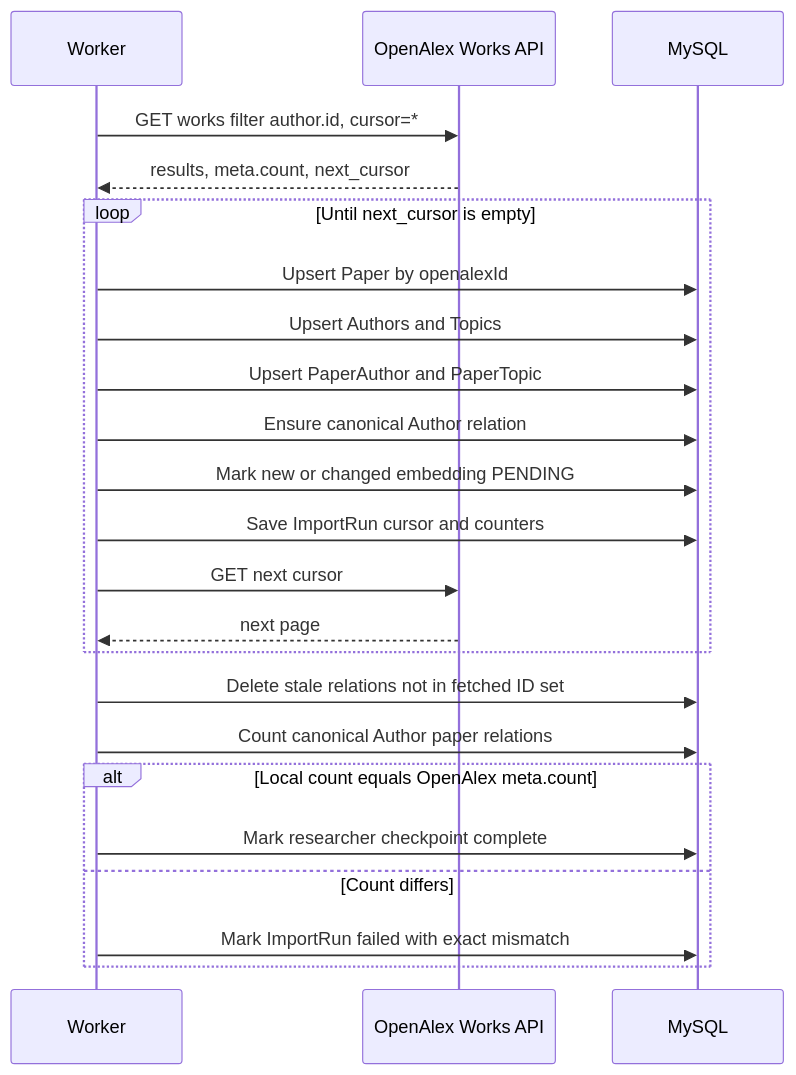
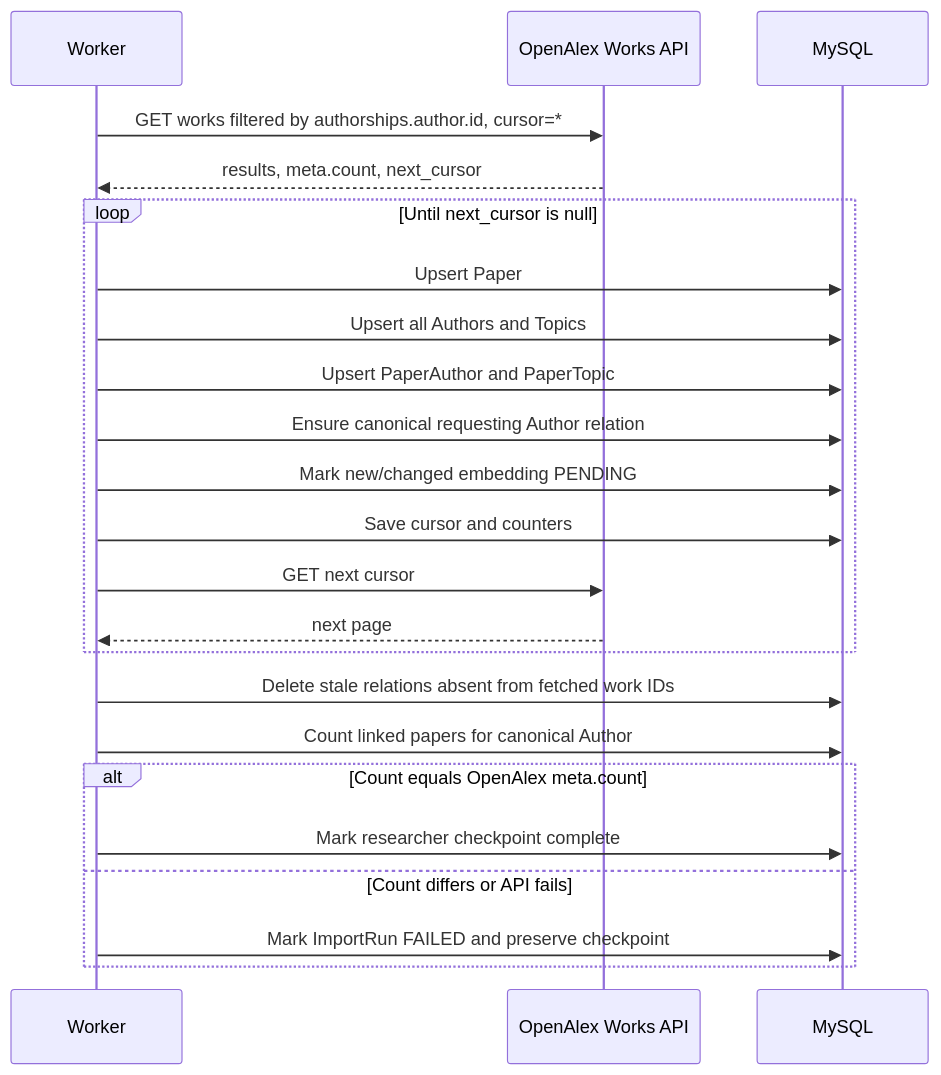
One commit to levanduc1907/research-portal changed the seventh of 13 diagrams in docs/system-architecture.md. Above: the diagram before and after it, drawn with Mermaid. The commit also changed other lines of this file, not shown here.

Commit message:
docs: redraw system architecture

````diff
--- a/docs/system-architecture.md
+++ b/docs/system-architecture.md
@@ -463,26 +526,29 @@
 ```mermaid
 sequenceDiagram
     participant W as Worker
     participant OA as OpenAlex Works API
     participant DB as MySQL
 
-    W->>OA: GET works filter author.id, cursor=*
+    W->>OA: GET works filtered by authorships.author.id, cursor=*
     OA-->>W: results, meta.count, next_cursor
-    loop Until next_cursor is empty
-        W->>DB: Upsert Paper by openalexId
-        W->>DB: Upsert Authors and Topics
+
+    loop Until next_cursor is null
+        W->>DB: Upsert Paper
+        W->>DB: Upsert all Authors and Topics
         W->>DB: Upsert PaperAuthor and PaperTopic
-        W->>DB: Ensure canonical Author relation
-        W->>DB: Mark new or changed embedding PENDING
-        W->>DB: Save ImportRun cursor and counters
+        W->>DB: Ensure canonical requesting Author relation
+        W->>DB: Mark new/changed embedding PENDING
+        W->>DB: Save cursor and counters
         W->>OA: GET next cursor
         OA-->>W: next page
     end
-    W->>DB: Delete stale relations not in fetched ID set
-    W->>DB: Count canonical Author paper relations
-    alt Local count equals OpenAlex meta.count
+
+    W->>DB: Delete stale relations absent from fetched work IDs
+    W->>DB: Count linked papers for canonical Author
+
+    alt Count equals OpenAlex meta.count
         W->>DB: Mark researcher checkpoint complete
-    else Count differs
-        W->>DB: Mark ImportRun failed with exact mismatch
+    else Count differs or API fails
+        W->>DB: Mark ImportRun FAILED and preserve checkpoint
     end
 ```
````
